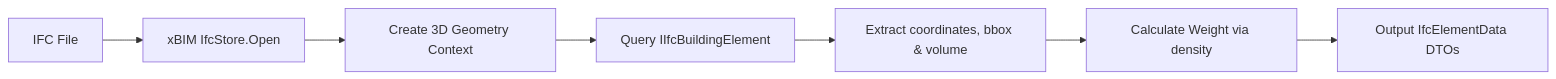
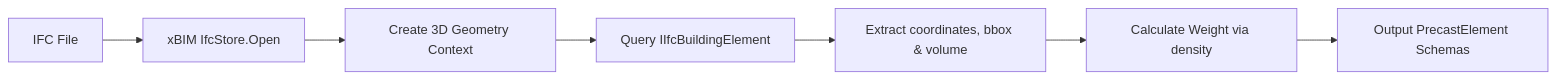
The diagram in docs/domain/ifc.md (ITI-intake46/CranePathOptimizer), drawn with Mermaid before and after one commit. The commit also changed other lines of this file and 23 other files, not shown here.

First line of the commit message:
docs: add comprehensive architectural and technical debt review

````diff
--- a/docs/domain/ifc.md
+++ b/docs/domain/ifc.md
@@ -9,9 +9,9 @@
 ```mermaid
 graph LR
     BIM[IFC File] --> Open[xBIM IfcStore.Open]
     Open --> Context[Create 3D Geometry Context]
     Context --> Filter[Query IIfcBuildingElement]
     Filter --> Parse[Extract coordinates, bbox & volume]
     Parse --> Weight[Calculate Weight via density]
-    Weight --> DTO[Output IfcElementData DTOs]
+    Weight --> DTO[Output PrecastElement Schemas]
 ```
````
